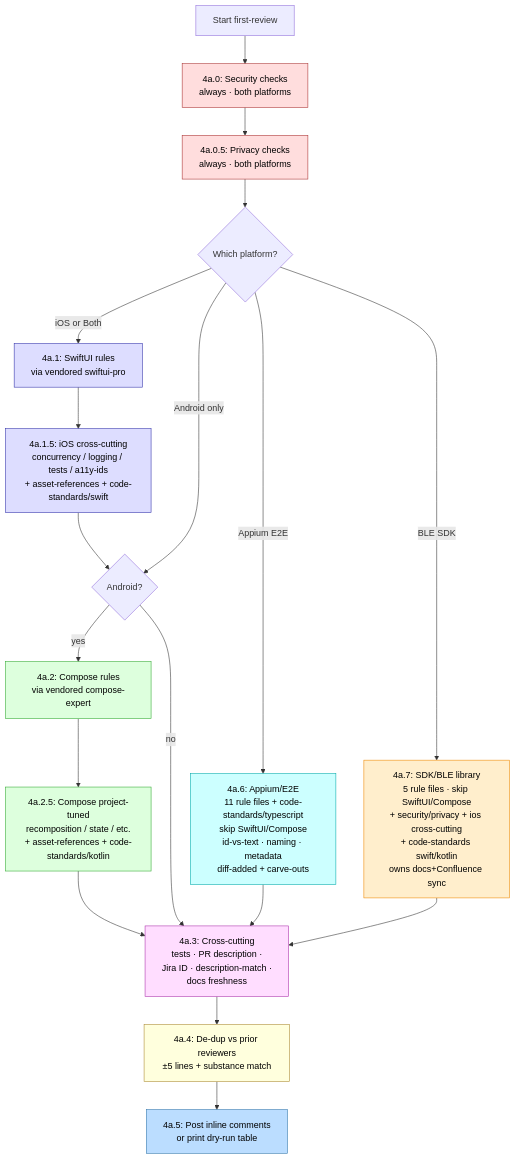
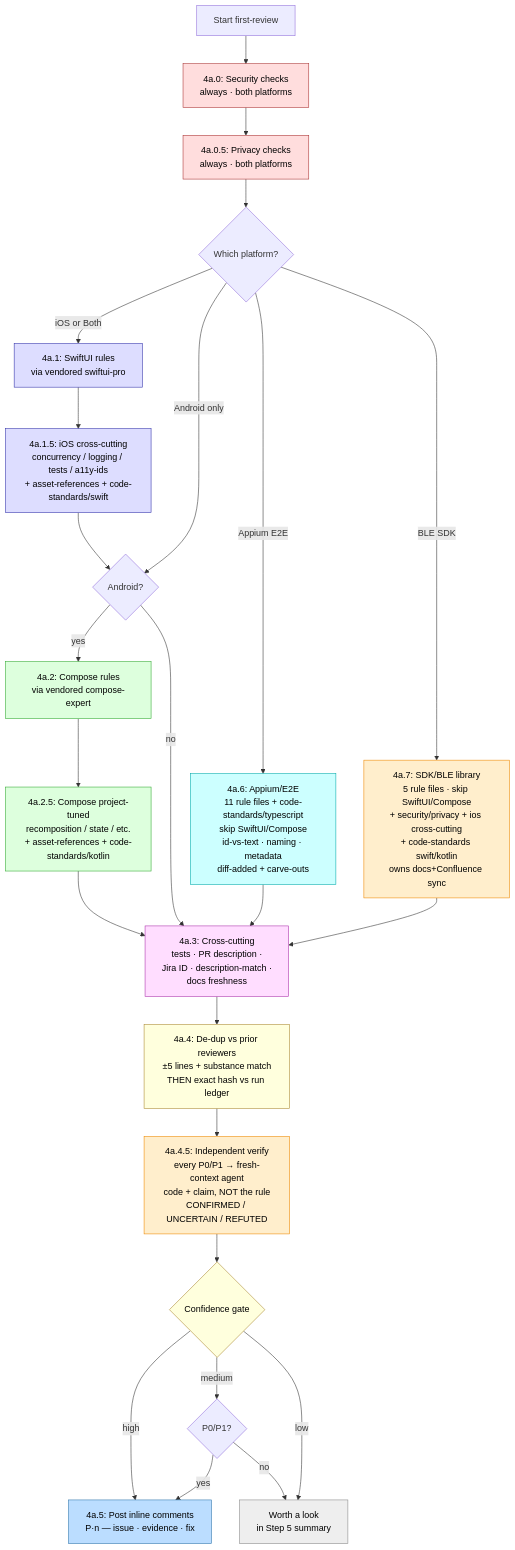
Before and after one commit to pkesavangg/pr-review-skills: the seventh of 17 diagrams in HOW-IT-WORKS.md, drawn with Mermaid. The commit also changed other lines of this file and 10 other files, not shown here.

````diff
--- a/HOW-IT-WORKS.md
+++ b/HOW-IT-WORKS.md
@@ -206,39 +262,48 @@
 ```mermaid
 flowchart TD
     Start[Start first-review] --> S40[4a.0: Security checks<br/>always · both platforms]
     S40 --> S405[4a.0.5: Privacy checks<br/>always · both platforms]
     S405 --> PlatBranch{Which platform?}
 
     PlatBranch -- iOS or Both --> S41[4a.1: SwiftUI rules<br/>via vendored swiftui-pro]
     S41 --> S415[4a.1.5: iOS cross-cutting<br/>concurrency / logging / tests / a11y-ids<br/>+ asset-references + code-standards/swift]
     S415 --> AndroidGate
 
     PlatBranch -- Android only --> AndroidGate{Android?}
     AndroidGate -- yes --> S42[4a.2: Compose rules<br/>via vendored compose-expert]
     S42 --> S425[4a.2.5: Compose project-tuned<br/>recomposition / state / etc.<br/>+ asset-references + code-standards/kotlin]
     S425 --> S43
 
     AndroidGate -- no --> S43
 
     PlatBranch -- Appium E2E --> S46[4a.6: Appium/E2E<br/>11 rule files + code-standards/typescript<br/>skip SwiftUI/Compose<br/>id-vs-text · naming · metadata<br/>diff-added + carve-outs]
     S46 --> S43
 
     PlatBranch -- BLE SDK --> S47[4a.7: SDK/BLE library<br/>5 rule files · skip SwiftUI/Compose<br/>+ security/privacy + ios cross-cutting<br/>+ code-standards swift/kotlin<br/>owns docs+Confluence sync]
     S47 --> S43
 
     S43[4a.3: Cross-cutting<br/>tests · PR description ·<br/>Jira ID · description-match ·<br/>docs freshness]
-    S43 --> S44[4a.4: De-dup vs prior reviewers<br/>±5 lines + substance match]
-    S44 --> S45[4a.5: Post inline comments<br/>or print dry-run table]
+    S43 --> S44[4a.4: De-dup vs prior reviewers<br/>±5 lines + substance match<br/>THEN exact hash vs run ledger]
+    S44 --> S445[4a.4.5: Independent verify<br/>every P0/P1 → fresh-context agent<br/>code + claim, NOT the rule<br/>CONFIRMED / UNCERTAIN / REFUTED]
+    S445 --> Gate{Confidence gate}
+    Gate -- high --> S45[4a.5: Post inline comments<br/>P·n — issue · evidence · fix]
+    Gate -- medium --> MedQ{P0/P1?}
+    MedQ -- yes --> S45
+    MedQ -- no --> Withheld[Worth a look<br/>in Step 5 summary]
+    Gate -- low --> Withheld
 
     style S40 fill:#fdd,stroke:#a33,color:#000
     style S405 fill:#fdd,stroke:#a33,color:#000
     style S41 fill:#ddf,stroke:#33a,color:#000
     style S415 fill:#ddf,stroke:#33a,color:#000
     style S42 fill:#dfd,stroke:#3a3,color:#000
     style S425 fill:#dfd,stroke:#3a3,color:#000
     style S46 fill:#cff,stroke:#0aa,color:#000
     style S47 fill:#fec,stroke:#e80,color:#000
     style S43 fill:#fdf,stroke:#a3a,color:#000
     style S44 fill:#ffd,stroke:#a83,color:#000
+    style S445 fill:#fec,stroke:#e80,color:#000
+    style Gate fill:#ffd,stroke:#a83,color:#000
+    style Withheld fill:#eee,stroke:#888,color:#000
     style S45 fill:#bdf,stroke:#37a,color:#000
 ```
````
